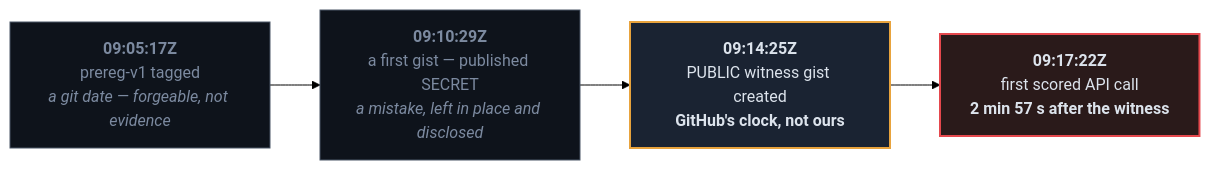
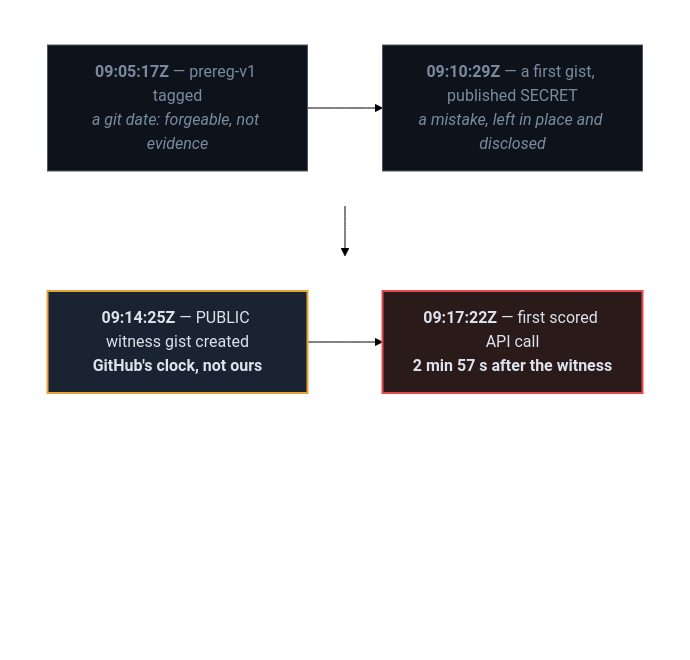
The third of 4 diagrams in README.md (chinmoypaul8897/whetstone-gate), drawn with Mermaid (forest theme) before and after one commit. The commit also changed other lines of this file and 3 other files, not shown here.

First line of the commit message:
chore(readme): crop the three film stills to their content; re-lay three diagrams so GitHub's mermaid controls cover nothing

````diff
--- a/README.md
+++ b/README.md
@@ -240,14 +251,26 @@
 ```mermaid
-flowchart LR
-    T1["<b>09:05:17Z</b><br/>prereg-v1 tagged<br/><i>a git date — forgeable, not evidence</i>"]
-    T2["<b>09:10:29Z</b><br/>a first gist — published SECRET<br/><i>a mistake, left in place and disclosed</i>"]
-    T3["<b>09:14:25Z</b><br/>PUBLIC witness gist created<br/><b>GitHub's clock, not ours</b>"]
-    T4["<b>09:17:22Z</b><br/>first scored API call<br/><b>2 min 57 s after the witness</b>"]
-    T1 --> T2 --> T3 --> T4
+flowchart TB
+    subgraph R1[" "]
+        direction LR
+        T1["<b>09:05:17Z</b> — prereg-v1 tagged<br/><i>a git date: forgeable, not evidence</i>"] --> T2["<b>09:10:29Z</b> — a first gist, published SECRET<br/><i>a mistake, left in place and disclosed</i>"]
+    end
+    subgraph R2[" "]
+        direction LR
+        T3["<b>09:14:25Z</b> — PUBLIC witness gist created<br/><b>GitHub's clock, not ours</b>"] --> T4["<b>09:17:22Z</b> — first scored API call<br/><b>2 min 57 s after the witness</b>"]
+    end
+    R1 --> R2
+    subgraph SP[" "]
+        SP1["<br/><br/><br/>"]
+    end
+    R2 ~~~ SP
+    style R1 fill:none,stroke:none
+    style R2 fill:none,stroke:none
+    style SP fill:none,stroke:none
+    style SP1 fill:none,stroke:none,color:transparent
     classDef grey fill:#0E131B,stroke:#4A5666,color:#7C8AA0
     classDef amber fill:#1A2332,stroke:#E8A33D,stroke-width:2px,color:#DCE3EC
     classDef red fill:#2A1A1A,stroke:#E5484D,stroke-width:2px,color:#DCE3EC
     class T1,T2 grey
     class T3 amber
     class T4 red
 ```
````
